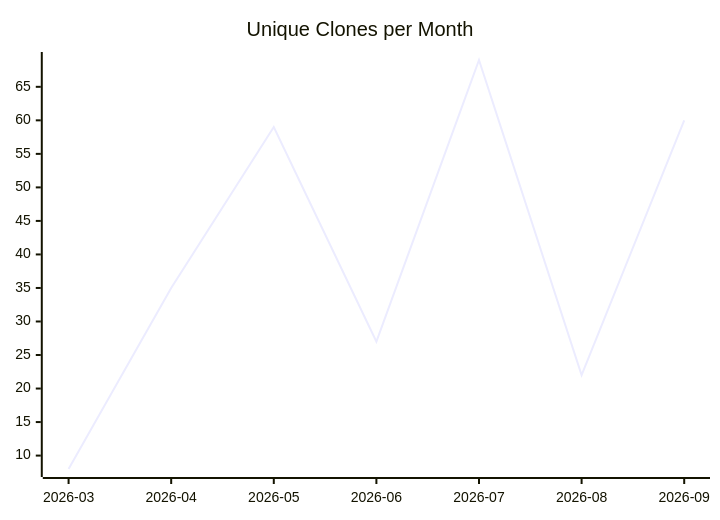
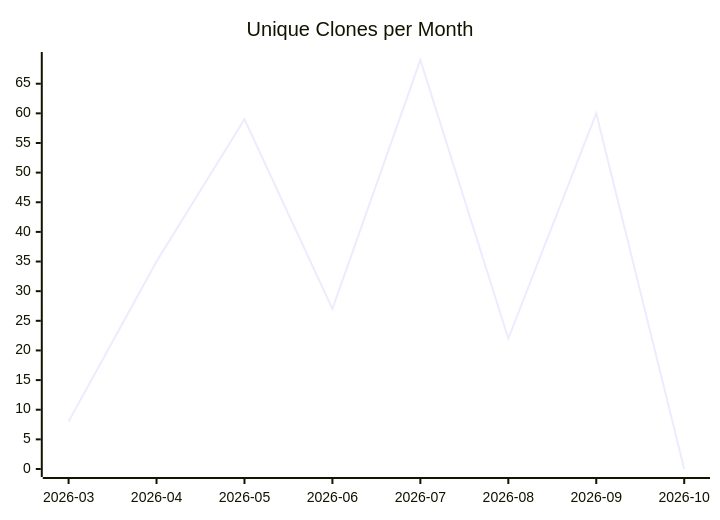
Before and after one commit to justdavis-family/github-analytics-data: the third of 3 diagrams in karlmdavis/fhir-benchmarks/README.md, drawn with Mermaid. The commit also changed other lines of this file and 202 other files, not shown here.

````diff
--- a/karlmdavis/fhir-benchmarks/README.md
+++ b/karlmdavis/fhir-benchmarks/README.md
@@ -19,6 +19,6 @@
 ```mermaid
 xychart-beta
   title "Unique Clones per Month"
-  x-axis ["2026-03", "2026-04", "2026-05", "2026-06", "2026-07", "2026-08", "2026-09"]
-  line [8, 35, 59, 27, 69, 22, 60]
+  x-axis ["2026-03", "2026-04", "2026-05", "2026-06", "2026-07", "2026-08", "2026-09", "2026-10"]
+  line [8, 35, 59, 27, 69, 22, 60, 0]
 ```
````
